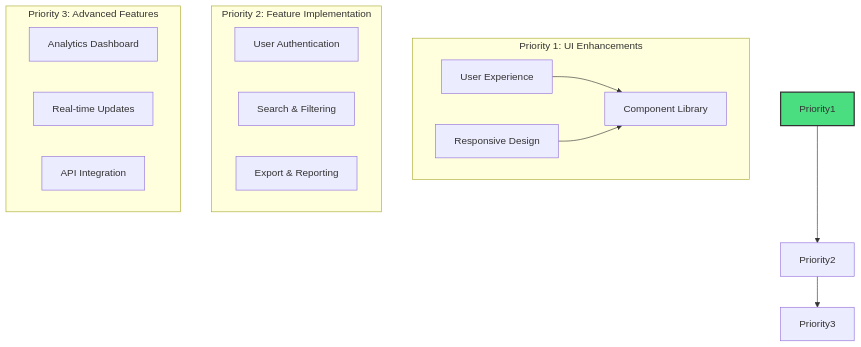
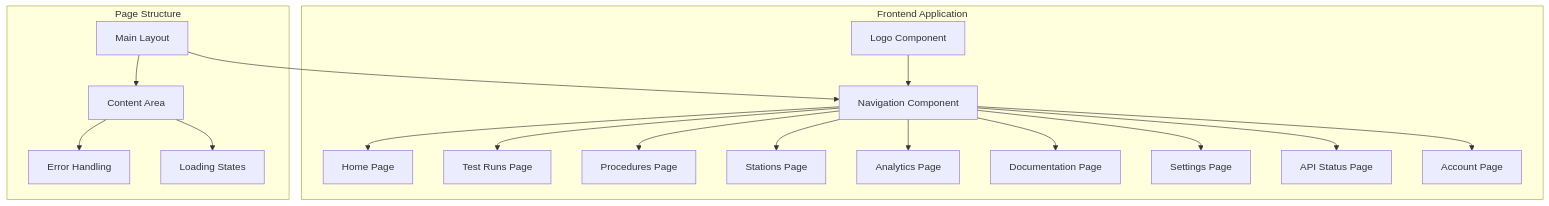
The second of 4 diagrams in docs/architecture/system_overview.md (mvalancy-mt/NotTofu), drawn with Mermaid before and after one commit. The commit also changed other lines of this file and 64 other files, not shown here.

````diff
--- a/docs/architecture/system_overview.md
+++ b/docs/architecture/system_overview.md
@@ -37,27 +37,32 @@
 ```mermaid
 graph TB
-    subgraph "Priority 1: UI Enhancements"
-        style Priority1 fill:#4ade80,stroke:#333,stroke-width:2px
-        UserExp[User Experience]
-        Components[Component Library]
-        Responsive[Responsive Design]
+    subgraph "Frontend Application"
+        HPage[Home Page]
+        RunsPage[Test Runs Page]
+        ProcPage[Procedures Page]
+        StatPage[Stations Page]
+        AnalPage[Analytics Page]
+        DocPage[Documentation Page]
+        SetPage[Settings Page]
+        ApiPage[API Status Page]
+        AccPage[Account Page]
         
-        UserExp --> Components
-        Responsive --> Components
+        Nav[Navigation Component]
+        Logo[Logo Component]
+        
+        Nav --> HPage & RunsPage & ProcPage & StatPage & AnalPage & DocPage & SetPage & ApiPage & AccPage
+        Logo --> Nav
     end
 
-    subgraph "Priority 2: Feature Implementation"
-        Authentication[User Authentication]
-        Search[Search & Filtering]
-        Export[Export & Reporting]
+    subgraph "Page Structure"
+        MainLayout[Main Layout]
+        ContentArea[Content Area]
+        ErrorBoundary[Error Handling]
+        LoadingState[Loading States]
+        
+        MainLayout --> Nav
+        MainLayout --> ContentArea
+        ContentArea --> ErrorBoundary
+        ContentArea --> LoadingState
     end
-
-    subgraph "Priority 3: Advanced Features"
-        Analytics[Analytics Dashboard]
-        RT[Real-time Updates]
-        Integration[API Integration]
-    end
-
-    Priority1 --> Priority2
-    Priority2 --> Priority3
 ```
````
